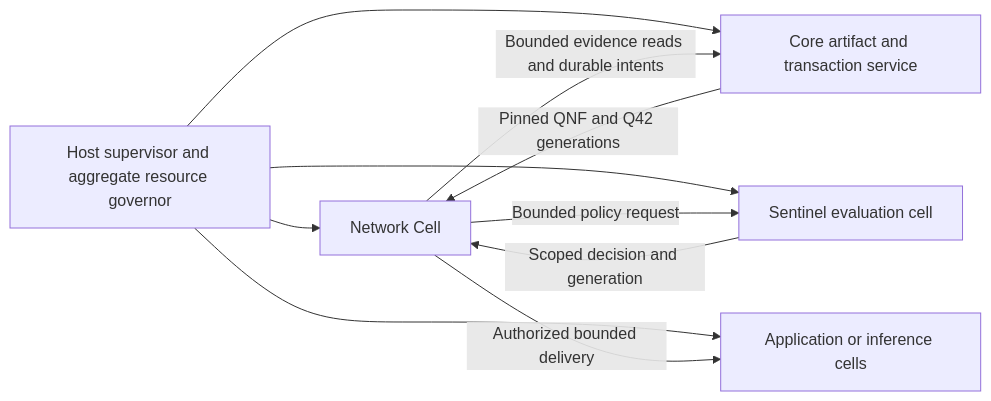
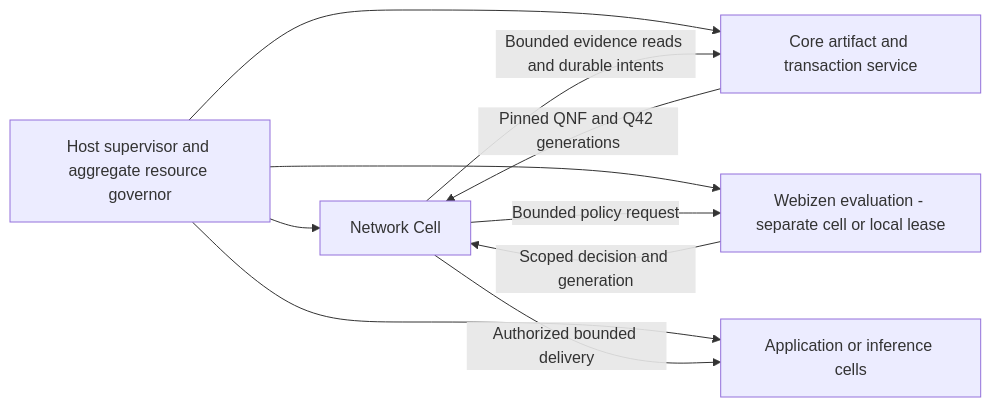
The diagram in docs/manuals/standards/qualia-decentralized-network-fabric/network-cell.md (mediaprophet/qualiaDB), drawn with Mermaid before and after one commit. The commit also changed other lines of this file and 50 other files, not shown here.

````diff
--- a/docs/manuals/standards/qualia-decentralized-network-fabric/network-cell.md
+++ b/docs/manuals/standards/qualia-decentralized-network-fabric/network-cell.md
@@ -28,12 +45,12 @@
 ```mermaid
 flowchart LR
     Host[Host supervisor and aggregate resource governor] --> Net[Network Cell]
     Host --> Core[Core artifact and transaction service]
-    Host --> Sentinel[Sentinel evaluation cell]
+    Host --> Sentinel[Webizen evaluation - separate cell or local lease]
     Host --> App[Application or inference cells]
     Net -->|Bounded evidence reads and durable intents| Core
     Net -->|Bounded policy request| Sentinel
     Sentinel -->|Scoped decision and generation| Net
     Core -->|Pinned QNF and Q42 generations| Net
     Net -->|Authorized bounded delivery| App
 ```
````
